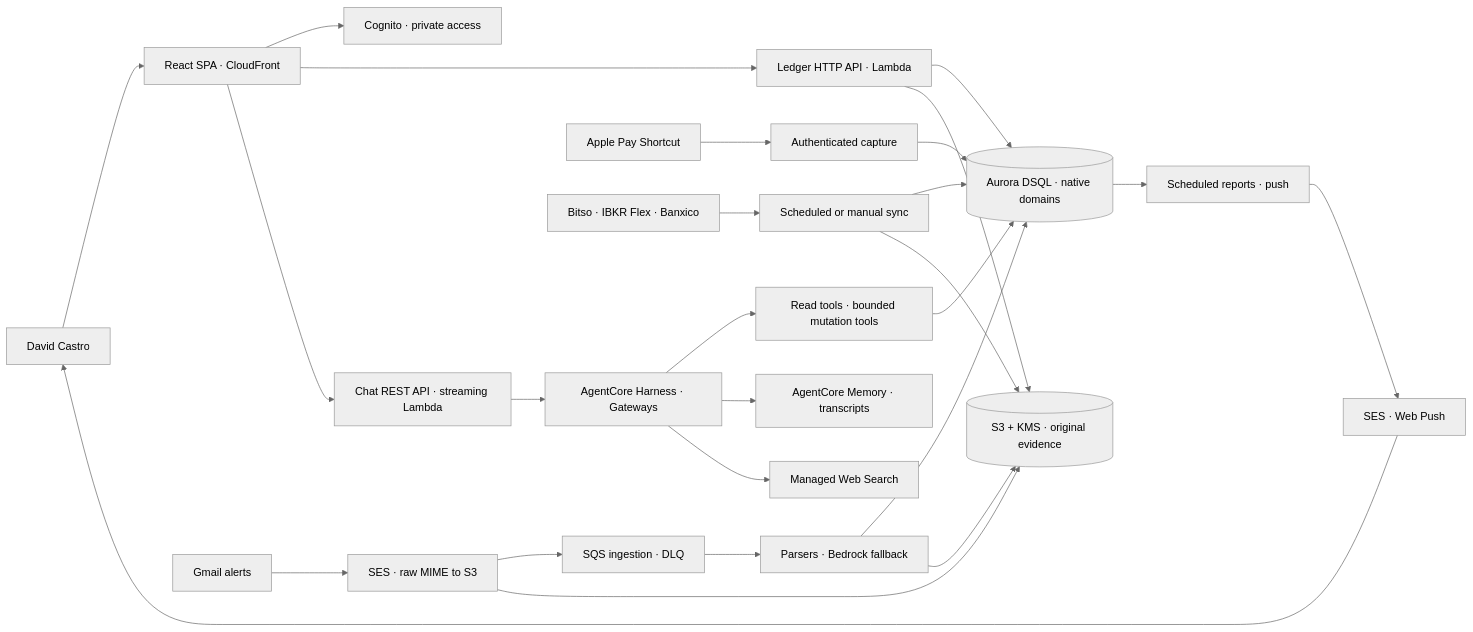
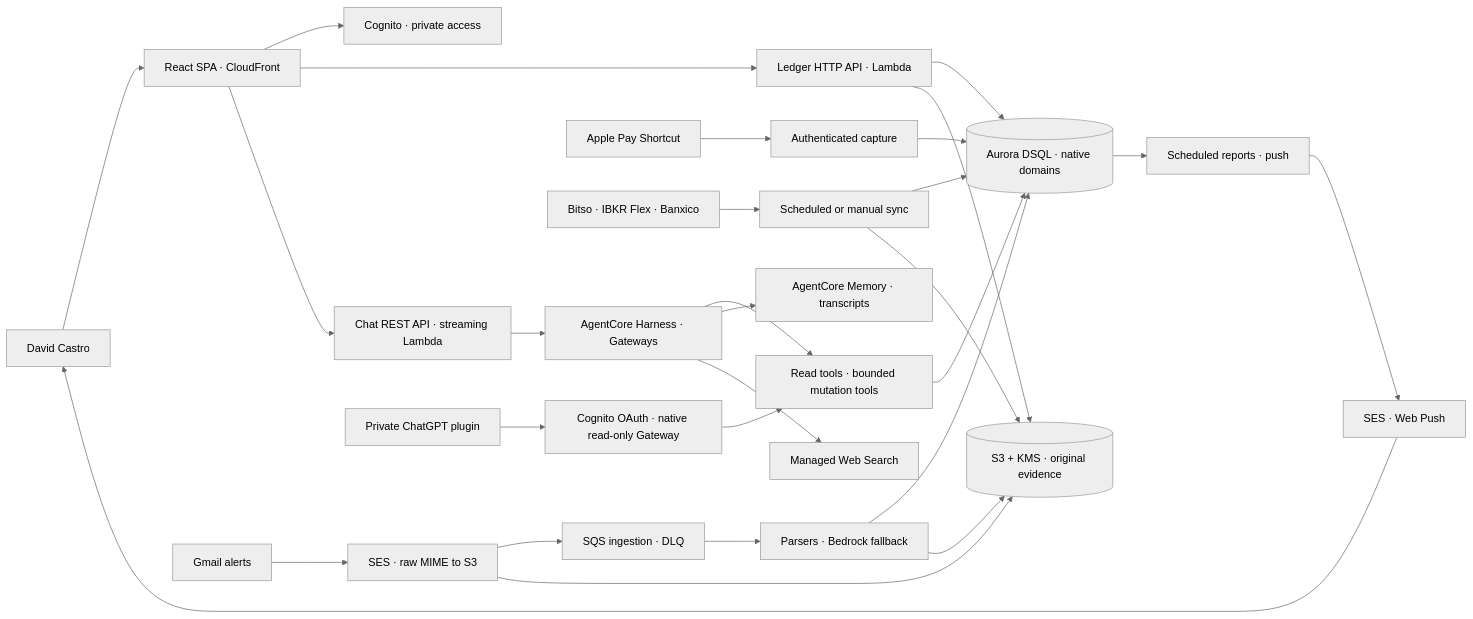
Before and after one commit to DavidCs9/personal-finance-system: the diagram in docs/architecture.md, drawn with Mermaid (neutral theme). The commit also changed 7 other files, not shown here.

Commit message:
fix(mcp): provision native JWT ingress with the existing read tools (#232)

````diff
--- a/docs/architecture.md
+++ b/docs/architecture.md
@@ -7,28 +7,30 @@
 ```mermaid
 flowchart LR
   David[David Castro] --> Web[React SPA · CloudFront]
   Web --> Cognito[Cognito · private access]
   Web --> API[Ledger HTTP API · Lambda]
   Web --> Chat[Chat REST API · streaming Lambda]
   Gmail[Gmail alerts] --> SES[SES · raw MIME to S3]
   SES --> SQS[SQS ingestion · DLQ]
   SQS --> Ingest[Parsers · Bedrock fallback]
   Shortcut[Apple Pay Shortcut] --> Capture[Authenticated capture]
   Providers[Bitso · IBKR Flex · Banxico] --> Sync[Scheduled or manual sync]
   Ingest --> SQL[(Aurora DSQL · native domains)]
   Capture --> SQL
   Sync --> SQL
   API --> SQL
   API --> Evidence[(S3 + KMS · original evidence)]
   SES --> Evidence
   Sync --> Evidence
   Ingest --> Evidence
   Chat --> Harness[AgentCore Harness · Gateways]
+  ChatGPT[Private ChatGPT plugin] --> OAuth[Cognito OAuth · native read-only Gateway]
+  OAuth --> Tools
   Harness --> Tools[Read tools · bounded mutation tools]
   Tools --> SQL
   Harness --> Memory[AgentCore Memory · transcripts]
   Harness --> Search[Managed Web Search]
   SQL --> Jobs[Scheduled reports · push]
   Jobs --> Delivery[SES · Web Push]
   Delivery --> David
 ```
````
